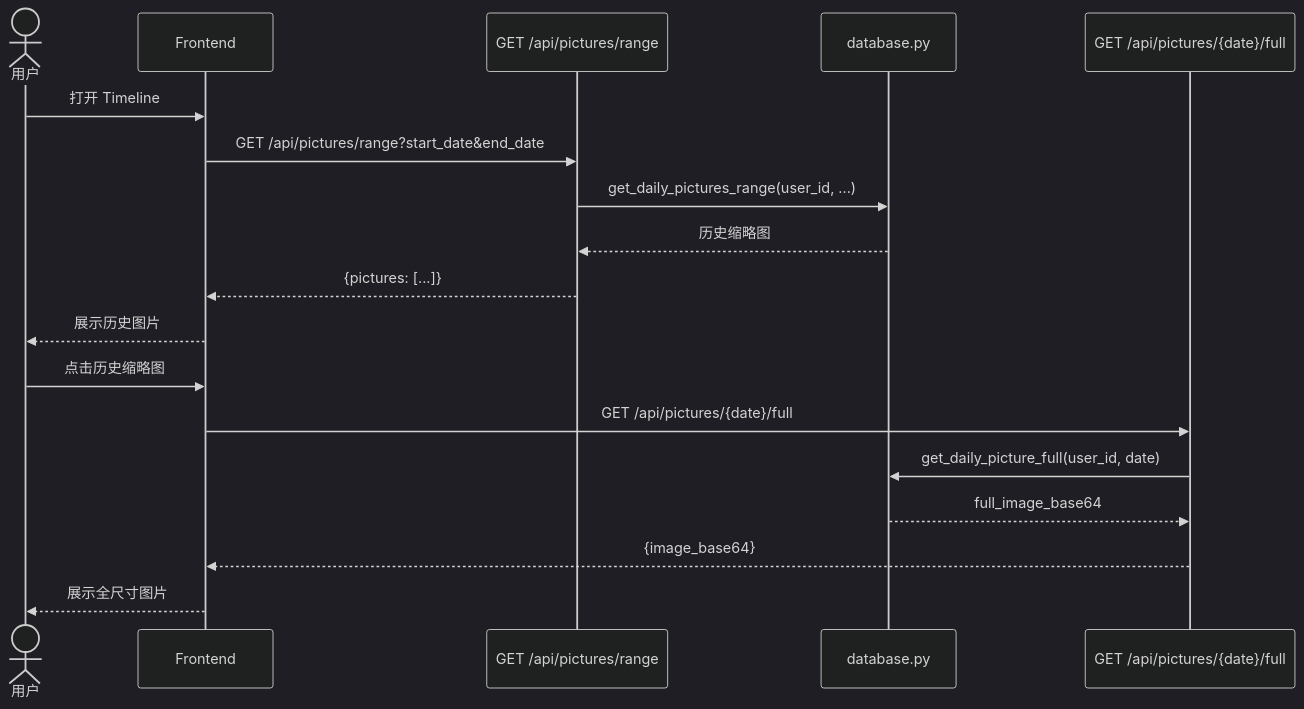
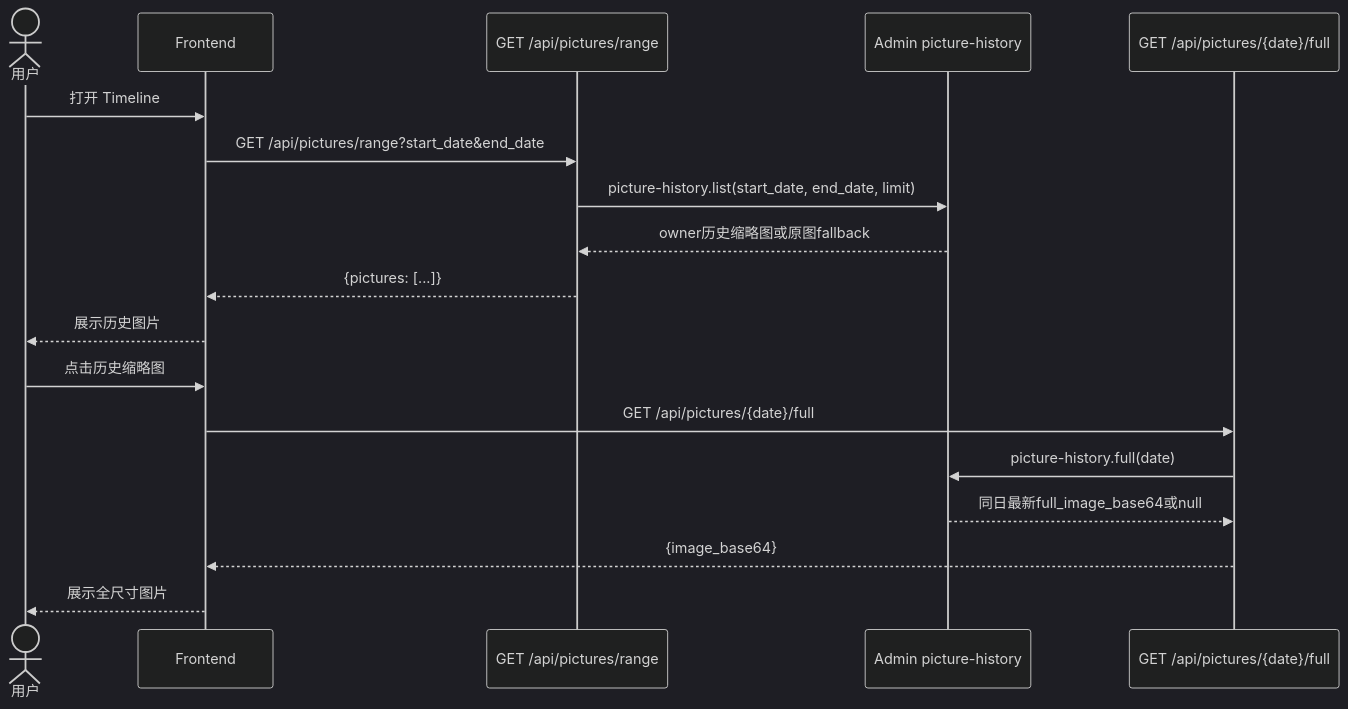
One commit to glide-the/im-dream changed the tenth of 17 diagrams in docs/design/sequence-diagrams.md. Above: the diagram before and after it, drawn with Mermaid (dark theme). The commit also changed other lines of this file and 15 other files, not shown here.

Commit message:
Route picture history through Admin

````diff
--- a/docs/design/sequence-diagrams.md
+++ b/docs/design/sequence-diagrams.md
@@ -334,22 +335,22 @@
 ```mermaid
 sequenceDiagram
     actor User as 用户
     participant FE as Frontend
     participant API as GET /api/pictures/range
-    participant DB as database.py
+    participant Admin as Admin picture-history
     participant FullAPI as GET /api/pictures/{date}/full
 
     User->>FE: 打开 Timeline
     FE->>API: GET /api/pictures/range?start_date&end_date
-    API->>DB: get_daily_pictures_range(user_id, ...)
-    DB-->>API: 历史缩略图
+    API->>Admin: picture-history.list(start_date, end_date, limit)
+    Admin-->>API: owner历史缩略图或原图fallback
     API-->>FE: {pictures: [...]}
     FE-->>User: 展示历史图片
 
     User->>FE: 点击历史缩略图
     FE->>FullAPI: GET /api/pictures/{date}/full
-    FullAPI->>DB: get_daily_picture_full(user_id, date)
-    DB-->>FullAPI: full_image_base64
+    FullAPI->>Admin: picture-history.full(date)
+    Admin-->>FullAPI: 同日最新full_image_base64或null
     FullAPI-->>FE: {image_base64}
     FE-->>User: 展示全尺寸图片
 ```
````
